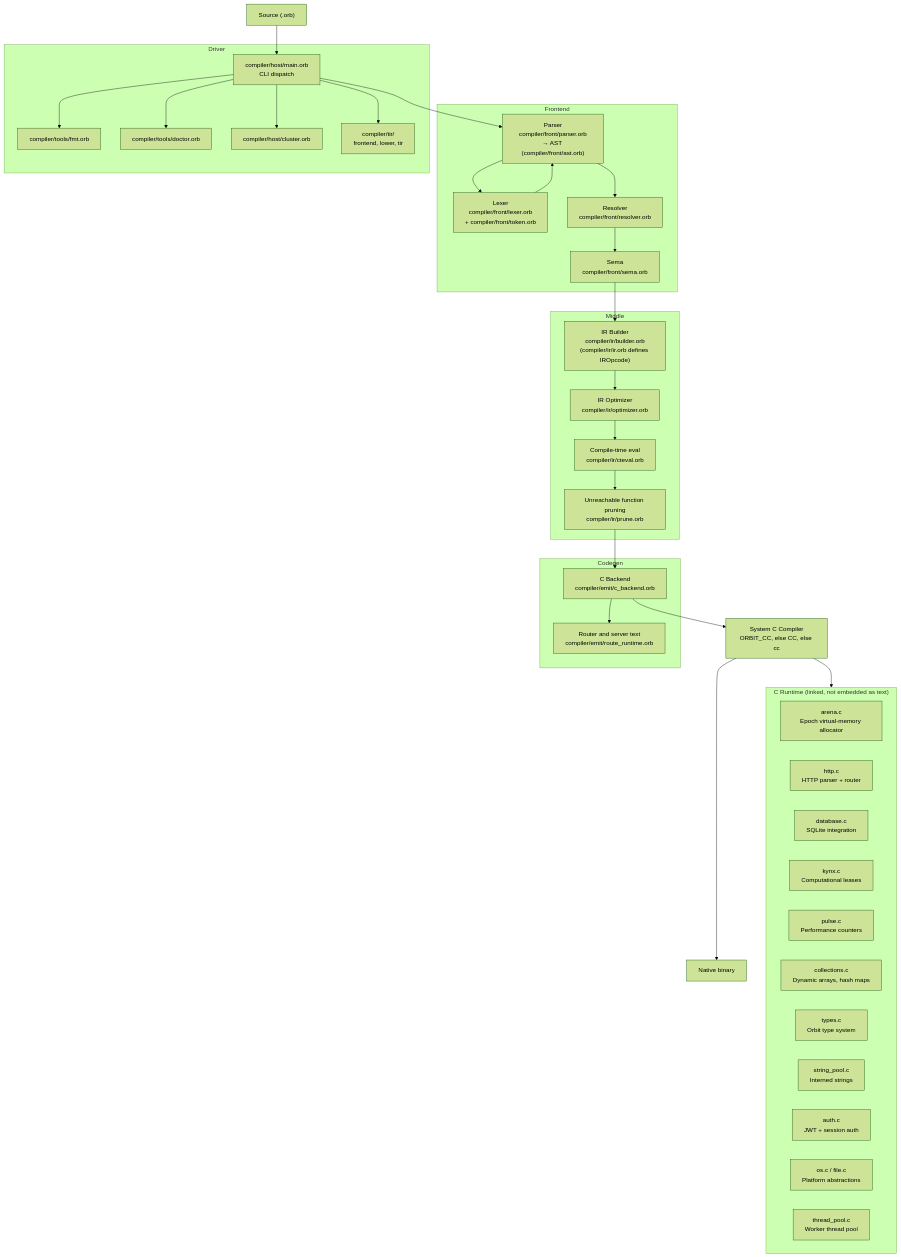
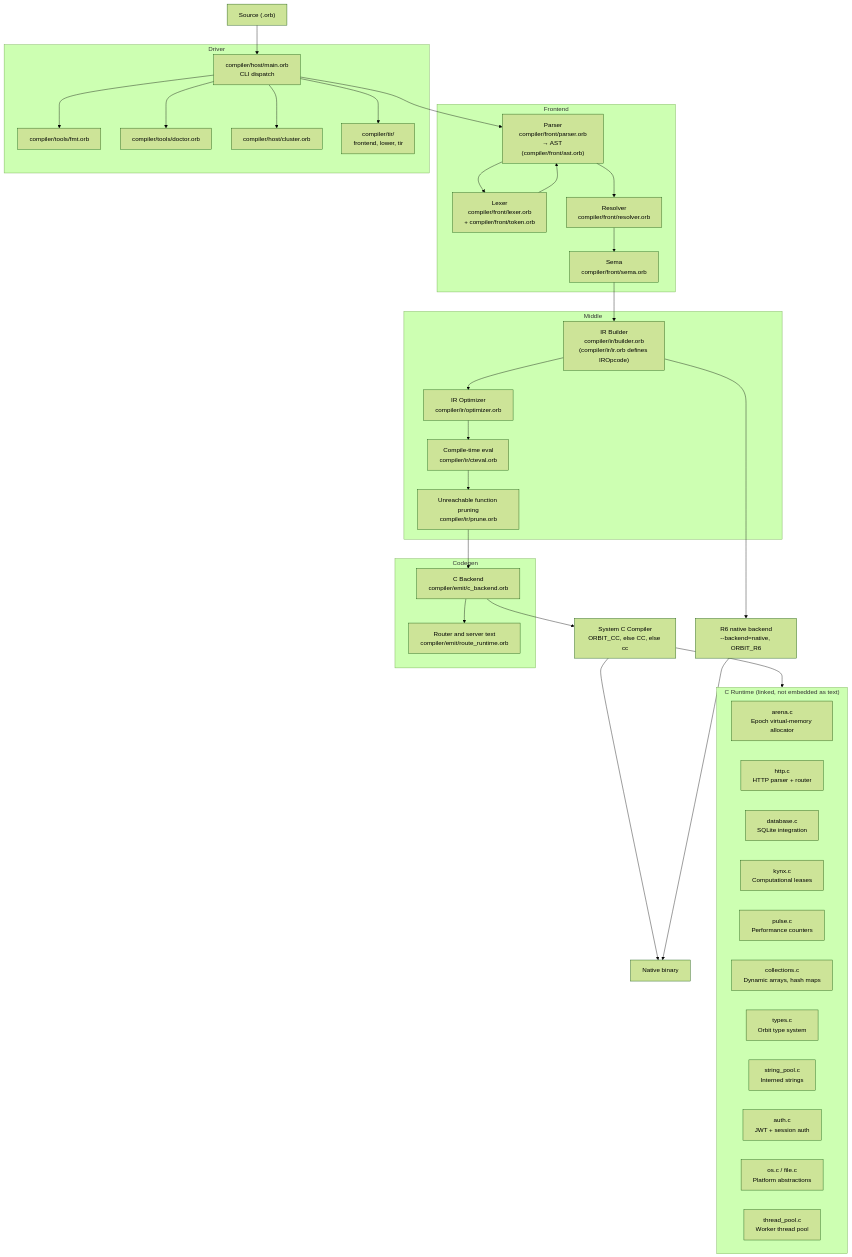
One commit to joacokhzyx/orbit-lang changed the diagram in docs/ARCHITECTURE.md. Above: the diagram before and after it, drawn with Mermaid (forest theme). The commit also changed other lines of this file and 3 other files, not shown here.

First line of the commit message:
docs: document the native backend and how R6 is found

````diff
--- a/docs/ARCHITECTURE.md
+++ b/docs/ARCHITECTURE.md
@@ -30,60 +30,62 @@
 ```mermaid
 flowchart TD
     SRC["Source (.orb)"]
 
     subgraph Frontend
         LEX["Lexer\ncompiler/front/lexer.orb\n+ compiler/front/token.orb"]
         PAR["Parser\ncompiler/front/parser.orb\n→ AST (compiler/front/ast.orb)"]
         RES["Resolver\ncompiler/front/resolver.orb"]
         SEM["Sema\ncompiler/front/sema.orb"]
     end
 
     subgraph Middle
         IR["IR Builder\ncompiler/ir/builder.orb\n(compiler/ir/ir.orb defines IROpcode)"]
         OPT["IR Optimizer\ncompiler/ir/optimizer.orb"]
         CTE["Compile-time eval\ncompiler/ir/cteval.orb"]
         PRN["Unreachable function pruning\ncompiler/ir/prune.orb"]
     end
 
     subgraph Codegen
         CBK["C Backend\ncompiler/emit/c_backend.orb"]
         RTM["Router and server text\ncompiler/emit/route_runtime.orb"]
     end
 
     subgraph Runtime["C Runtime (linked, not embedded as text)"]
         ARN["arena.c\nEpoch virtual-memory allocator"]
         HTTP["http.c\nHTTP parser + router"]
         DB["database.c\nSQLite integration"]
         KYN["kynx.c\nComputational leases"]
         PLS["pulse.c\nPerformance counters"]
         COL["collections.c\nDynamic arrays, hash maps"]
         TYP["types.c\nOrbit type system"]
         STR["string_pool.c\nInterned strings"]
         AUTH["auth.c\nJWT + session auth"]
         OS["os.c / file.c\nPlatform abstractions"]
         THR["thread_pool.c\nWorker thread pool"]
     end
 
     subgraph Driver
         MAIN["compiler/host/main.orb\nCLI dispatch"]
         FMT["compiler/tools/fmt.orb"]
         DOC["compiler/tools/doctor.orb"]
         CLU["compiler/host/cluster.orb"]
         FE["compiler/tir/\nfrontend, lower, tir"]
     end
 
     SRC --> MAIN
     MAIN --> PAR
     PAR --> LEX
     LEX --> PAR
     PAR --> RES --> SEM --> IR
     IR --> OPT --> CTE --> PRN --> CBK
     CBK --> RTM
     CBK --> CC["System C Compiler\nORBIT_CC, else CC, else cc"]
     CC --> BIN["Native binary"]
+    IR --> R6["R6 native backend\n--backend=native, ORBIT_R6"]
+    R6 --> BIN
     CC --> Runtime
     MAIN --> FMT
     MAIN --> DOC
     MAIN --> CLU
     MAIN --> FE
 ```
````
